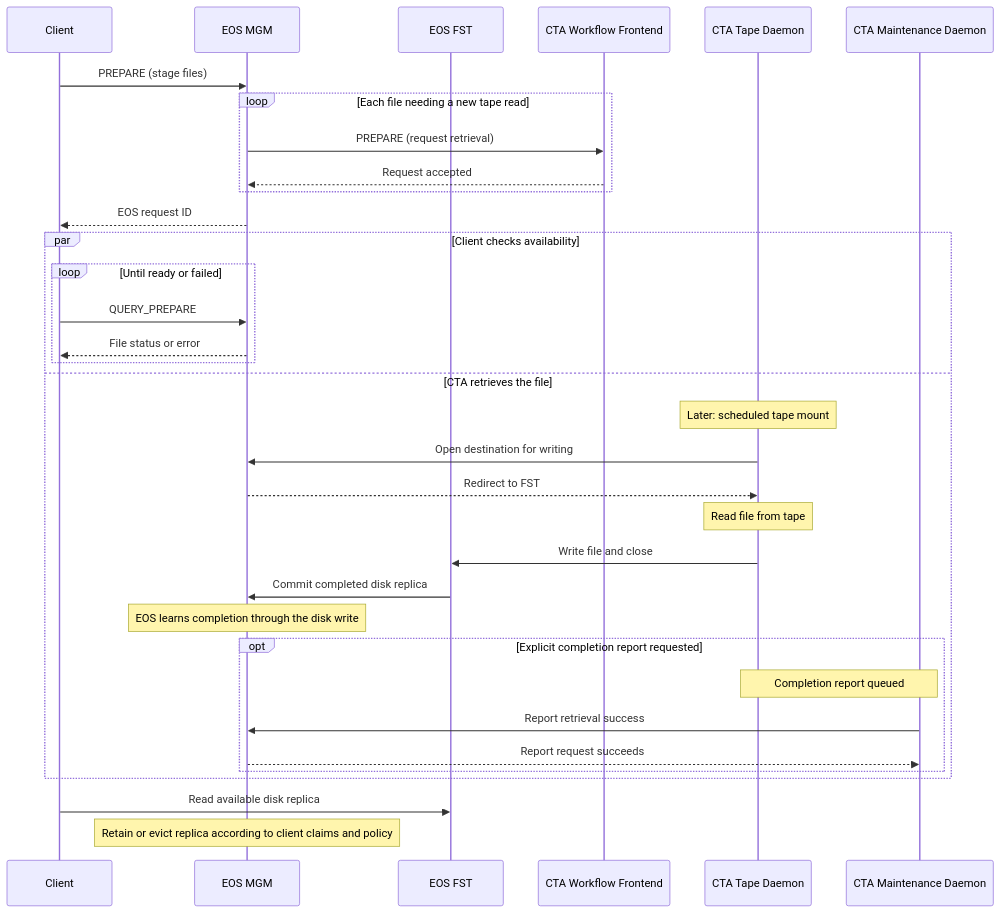
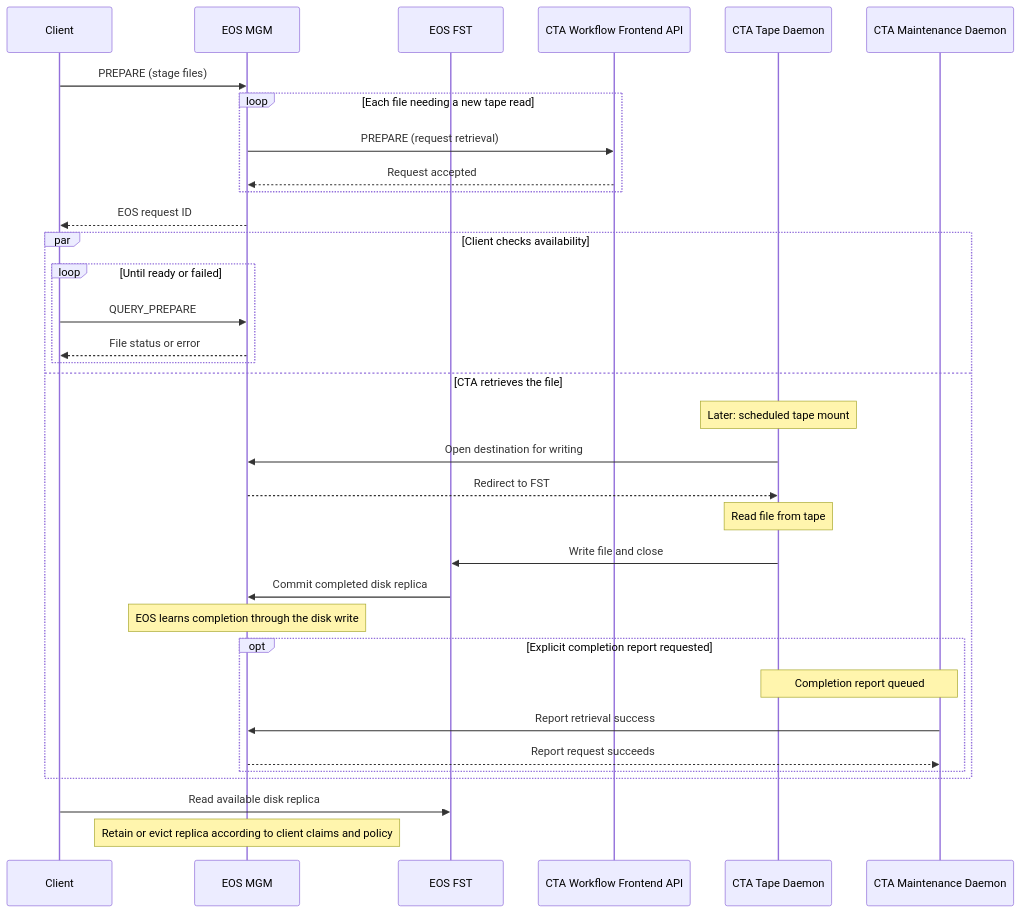
One commit to cern-cta/CTA changed the diagram in docs/content/concepts/data-management/retrieval.md. Above: the diagram before and after it, drawn with Mermaid. The commit also changed other lines of this file and 31 other files, not shown here.

````diff
--- a/docs/content/concepts/data-management/retrieval.md
+++ b/docs/content/concepts/data-management/retrieval.md
@@ -55,39 +55,39 @@
 ```mermaid
 sequenceDiagram
     participant Client
     participant MGM as EOS MGM
     participant FST as EOS FST
-    participant API as CTA Workflow Frontend
+    participant API as CTA Workflow Frontend API
     participant TD as CTA Tape Daemon
     participant MD as CTA Maintenance Daemon
 
     Client ->> MGM: PREPARE (stage files)
     loop Each file needing a new tape read
         MGM ->> API: PREPARE (request retrieval)
         API -->> MGM: Request accepted
     end
     MGM -->> Client: EOS request ID
 
     par Client checks availability
         loop Until ready or failed
             Client ->> MGM: QUERY_PREPARE
             MGM -->> Client: File status or error
         end
     and CTA retrieves the file
         Note over TD: Later: scheduled tape mount
         TD ->> MGM: Open destination for writing
         MGM -->> TD: Redirect to FST
         Note over TD: Read file from tape
         TD ->> FST: Write file and close
         FST ->> MGM: Commit completed disk replica
         Note over MGM: EOS learns completion through the disk write
         opt Explicit completion report requested
             Note over TD,MD: Completion report queued
             MD ->> MGM: Report retrieval success
             MGM -->> MD: Report request succeeds
         end
     end
 
     Client ->> FST: Read available disk replica
     Note over MGM: Retain or evict replica according to client claims and policy
 ```
````
